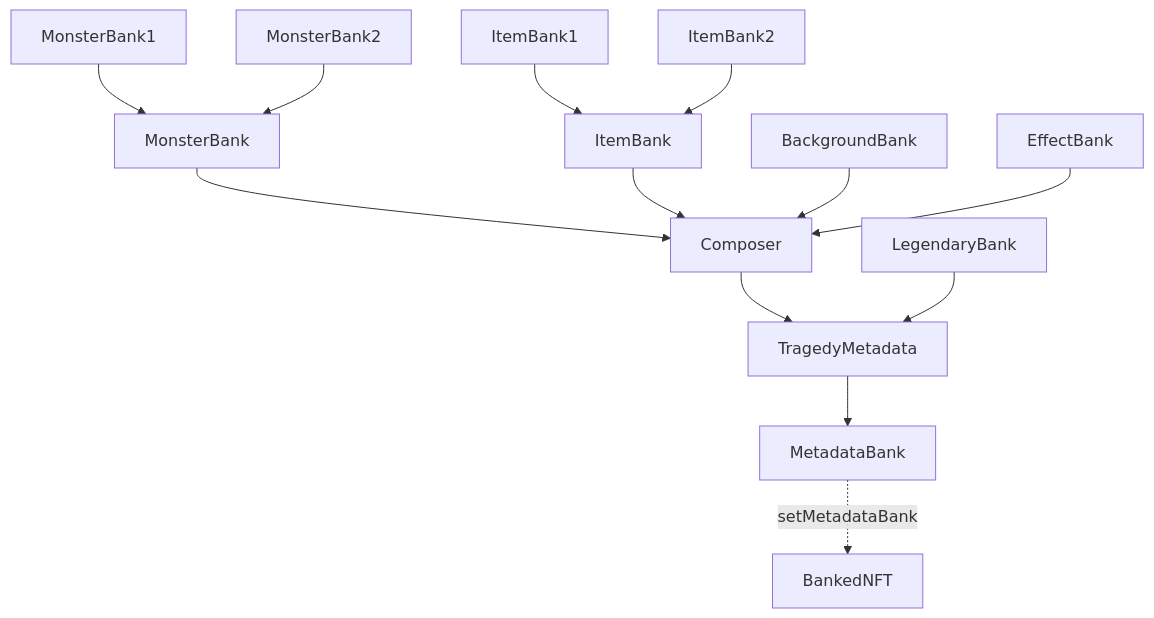
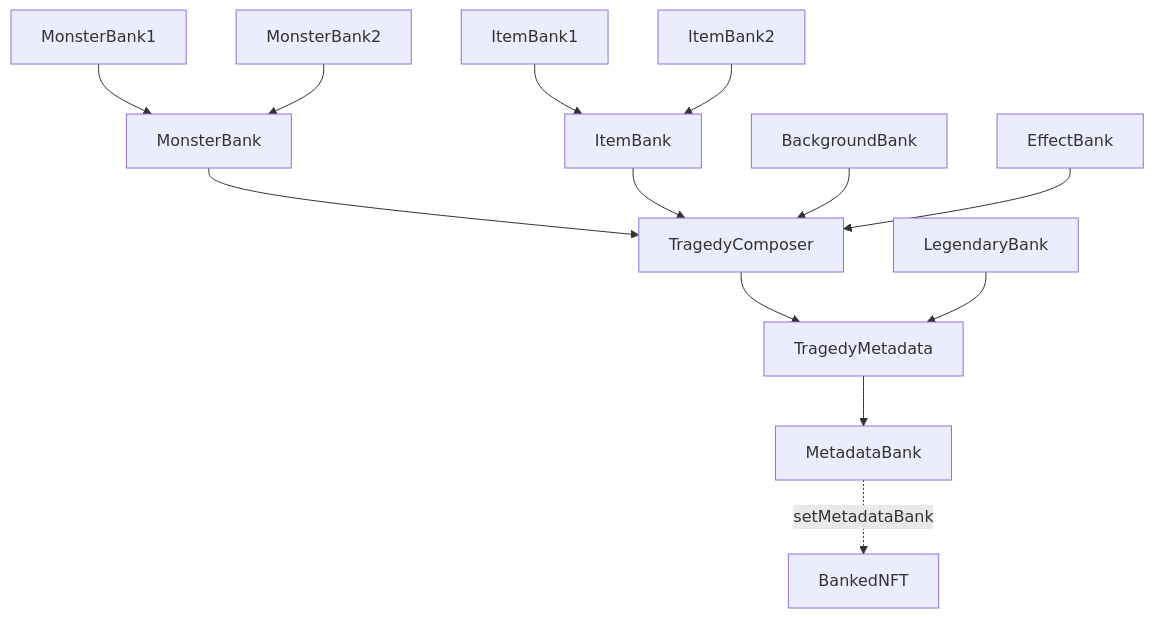
One commit to goodsun/myrmx changed the diagram in projects/tragedy/README.md. Above: the diagram before and after it, drawn with Mermaid. The commit also changed other lines of this file and 12 other files, not shown here.

````diff
--- a/projects/tragedy/README.md
+++ b/projects/tragedy/README.md
@@ -62,19 +62,19 @@
 ```mermaid
 graph TD
     MonsterBank1 --> MonsterBank
     MonsterBank2 --> MonsterBank
     ItemBank1 --> ItemBank
     ItemBank2 --> ItemBank
     
-    MonsterBank --> Composer
-    ItemBank --> Composer
-    BackgroundBank --> Composer
-    EffectBank --> Composer
+    MonsterBank --> TragedyComposer
+    ItemBank --> TragedyComposer
+    BackgroundBank --> TragedyComposer
+    EffectBank --> TragedyComposer
     
-    Composer --> TragedyMetadata
+    TragedyComposer --> TragedyMetadata
     LegendaryBank --> TragedyMetadata
     
     TragedyMetadata --> MetadataBank
     
     MetadataBank -.->|setMetadataBank| BankedNFT
 ```
````
